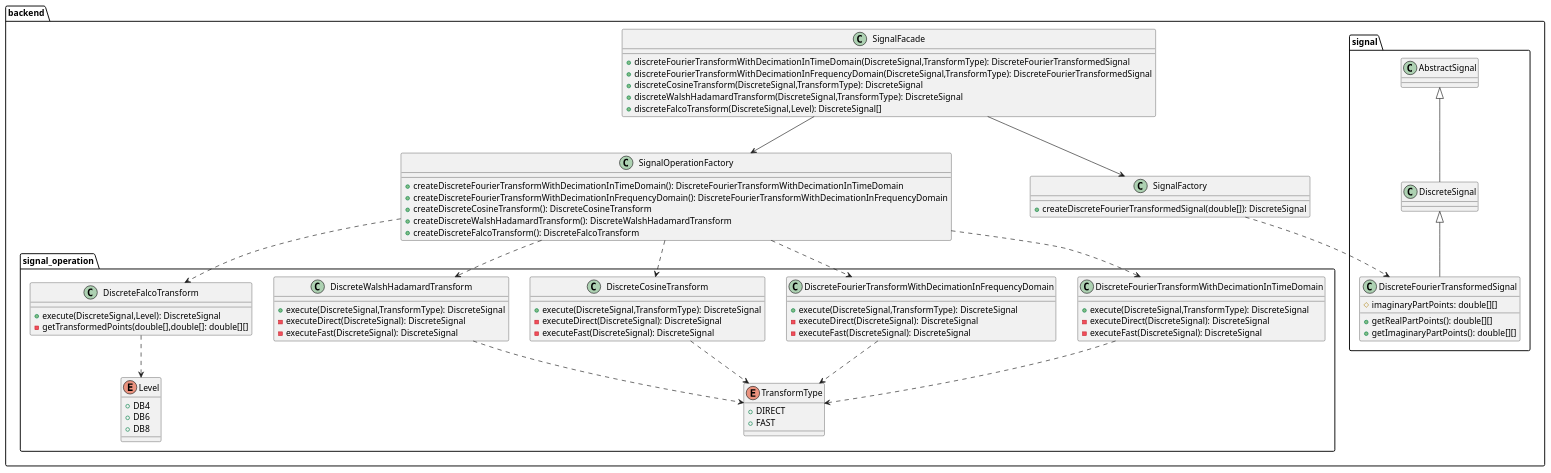
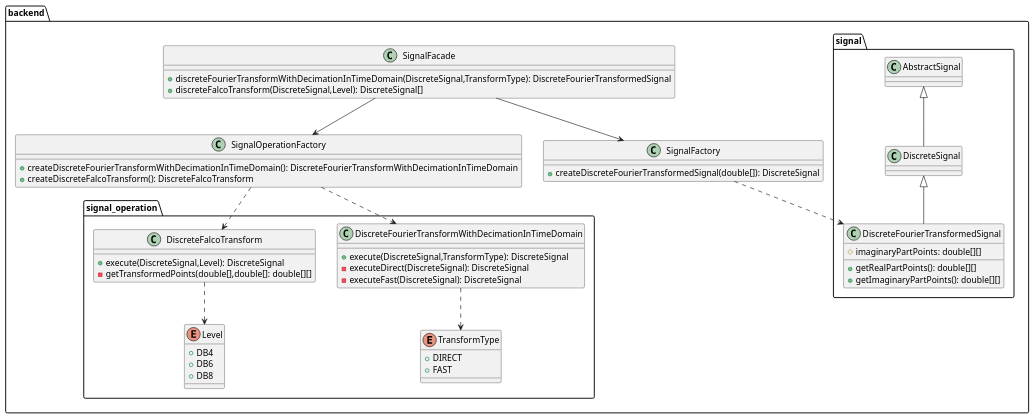
One commit to RadekBucki/DigitalSignalProcessing changed the seventh of 8 diagrams in README.md. Above: the diagram before and after it, drawn with PlantUML. The commit also changed other lines of this file, not shown here.

Commit message:
#114 Update architecture

````diff
--- a/README.md
+++ b/README.md
@@ -711,78 +711,51 @@
 ```plantuml
 package backend {
     class SignalFacade {
         + discreteFourierTransformWithDecimationInTimeDomain(DiscreteSignal,TransformType): DiscreteFourierTransformedSignal
-        + discreteFourierTransformWithDecimationInFrequencyDomain(DiscreteSignal,TransformType): DiscreteFourierTransformedSignal
-        + discreteCosineTransform(DiscreteSignal,TransformType): DiscreteSignal
-        + discreteWalshHadamardTransform(DiscreteSignal,TransformType): DiscreteSignal
         + discreteFalcoTransform(DiscreteSignal,Level): DiscreteSignal[]
     }
     class SignalOperationFactory {
         + createDiscreteFourierTransformWithDecimationInTimeDomain(): DiscreteFourierTransformWithDecimationInTimeDomain
-        + createDiscreteFourierTransformWithDecimationInFrequencyDomain(): DiscreteFourierTransformWithDecimationInFrequencyDomain
-        + createDiscreteCosineTransform(): DiscreteCosineTransform
-        + createDiscreteWalshHadamardTransform(): DiscreteWalshHadamardTransform
         + createDiscreteFalcoTransform(): DiscreteFalcoTransform
     }
     SignalFacade --> SignalOperationFactory
     package signal_operation {
         enum TransformType {
             + DIRECT
             + FAST
         }
         class DiscreteFourierTransformWithDecimationInTimeDomain {
             + execute(DiscreteSignal,TransformType): DiscreteSignal
             - executeDirect(DiscreteSignal): DiscreteSignal
             - executeFast(DiscreteSignal): DiscreteSignal
         }
         DiscreteFourierTransformWithDecimationInTimeDomain ..> TransformType
-        class DiscreteFourierTransformWithDecimationInFrequencyDomain {
-            + execute(DiscreteSignal,TransformType): DiscreteSignal
-            - executeDirect(DiscreteSignal): DiscreteSignal
-            - executeFast(DiscreteSignal): DiscreteSignal
-        }
-        DiscreteFourierTransformWithDecimationInFrequencyDomain ..> TransformType
-        class DiscreteCosineTransform {
-            + execute(DiscreteSignal,TransformType): DiscreteSignal
-            - executeDirect(DiscreteSignal): DiscreteSignal
-            - executeFast(DiscreteSignal): DiscreteSignal
-        }
-        DiscreteCosineTransform ..> TransformType
-        class DiscreteWalshHadamardTransform {
-            + execute(DiscreteSignal,TransformType): DiscreteSignal
-            - executeDirect(DiscreteSignal): DiscreteSignal
-            - executeFast(DiscreteSignal): DiscreteSignal
-        }
-        DiscreteWalshHadamardTransform ..> TransformType
         
         enum Level {
             + DB4
             + DB6
             + DB8
         }
         class DiscreteFalcoTransform {
             + execute(DiscreteSignal,Level): DiscreteSignal
             - getTransformedPoints(double[],double[]: double[][]
         }
         DiscreteFalcoTransform ..> Level
     }
     SignalOperationFactory ..> DiscreteFourierTransformWithDecimationInTimeDomain
-    SignalOperationFactory ..> DiscreteFourierTransformWithDecimationInFrequencyDomain
-    SignalOperationFactory ..> DiscreteCosineTransform
-    SignalOperationFactory ..> DiscreteWalshHadamardTransform
     SignalOperationFactory ..> DiscreteFalcoTransform
     class SignalFactory {
         + createDiscreteFourierTransformedSignal(double[]): DiscreteSignal
     }
     package signal {
         SignalFactory ..> DiscreteFourierTransformedSignal
         SignalFacade --> SignalFactory
         class DiscreteSignal extends AbstractSignal
         class DiscreteFourierTransformedSignal extends DiscreteSignal {
             # imaginaryPartPoints: double[][]
             + getRealPartPoints(): double[][]
             + getImaginaryPartPoints(): double[][]
         }
     }
 }
 ```
````
